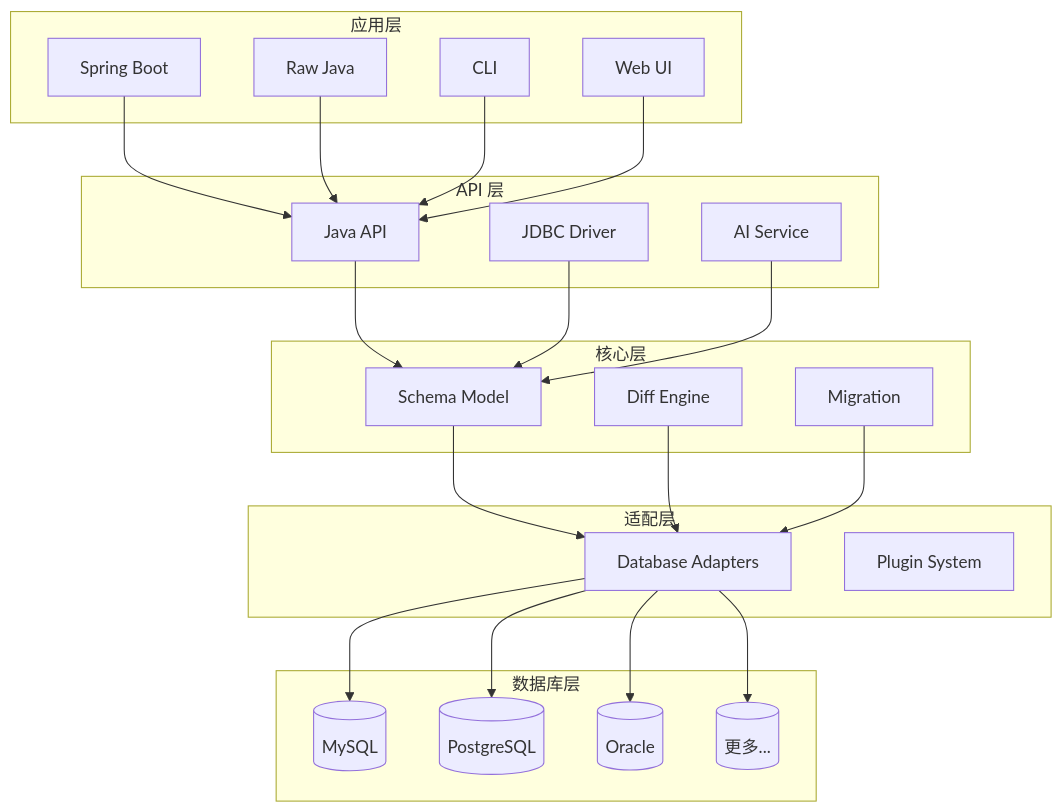
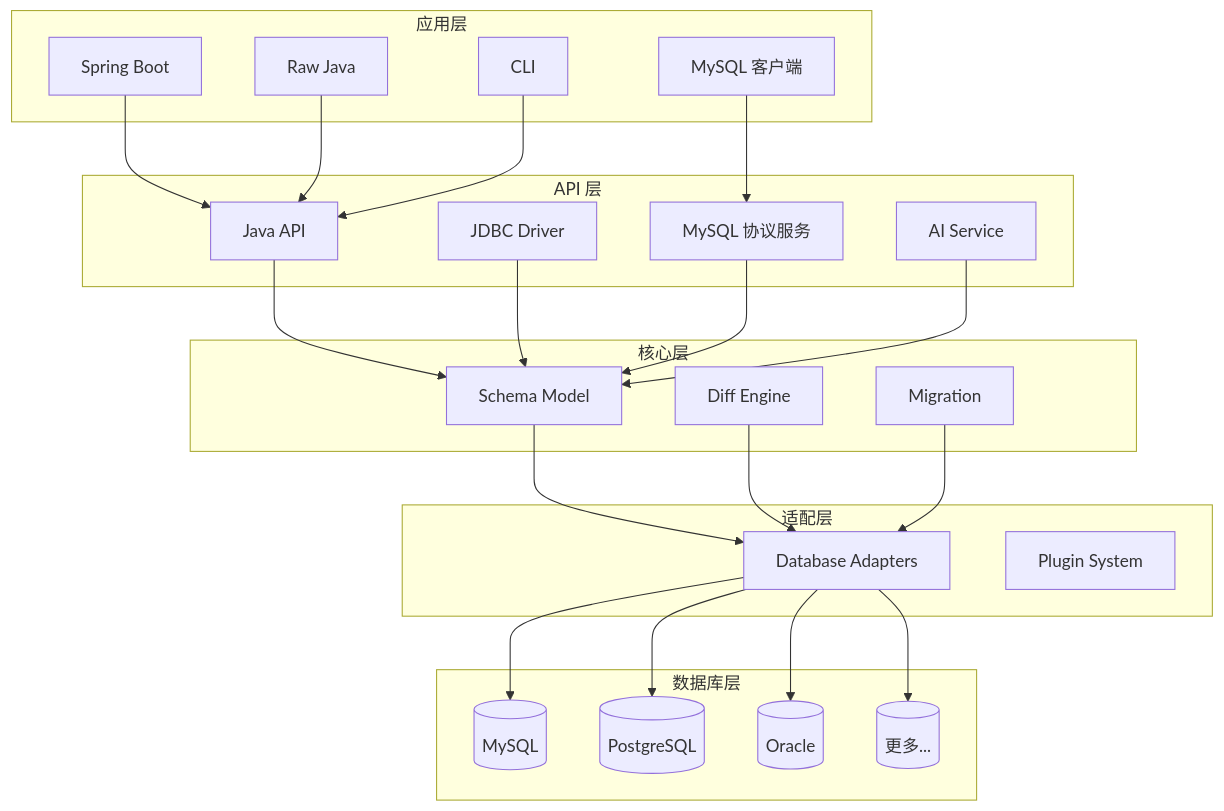
One commit to windli2018/justdb-docs-internal changed the third of 3 diagrams in docs/guide/what-is-justdb.md. Above: the diagram before and after it, drawn with Mermaid. The commit also changed 147 other files, not shown here.

````diff
--- a/docs/guide/what-is-justdb.md
+++ b/docs/guide/what-is-justdb.md
@@ -702,48 +702,50 @@
 ```mermaid
 graph TB
     subgraph "应用层"
         A1[Spring Boot]
         A2[Raw Java]
         A3[CLI]
-        A4[Web UI]
+        A4[MySQL 客户端]
     end
 
     subgraph "API 层"
         B1[Java API]
         B2[JDBC Driver]
-        B3[AI Service]
+        B3[MySQL 协议服务]
+        B4[AI Service]
     end
 
     subgraph "核心层"
         C1[Schema Model]
         C2[Diff Engine]
         C3[Migration]
     end
 
     subgraph "适配层"
         D1[Database Adapters]
         D2[Plugin System]
     end
 
     subgraph "数据库层"
         E1[(MySQL)]
         E2[(PostgreSQL)]
         E3[(Oracle)]
         E4[(更多...)]
     end
 
     A1 --> B1
     A2 --> B1
     A3 --> B1
-    A4 --> B1
+    A4 --> B3
     B1 --> C1
     B2 --> C1
     B3 --> C1
+    B4 --> C1
     C1 --> D1
     C2 --> D1
     C3 --> D1
     D1 --> E1
     D1 --> E2
     D1 --> E3
     D1 --> E4
 ```
````
